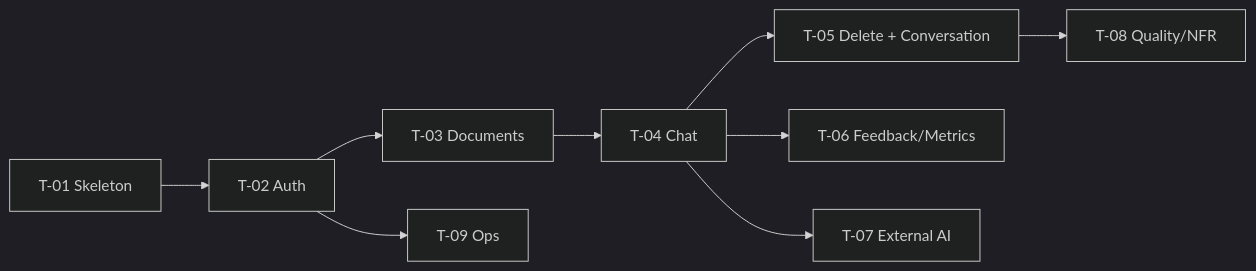
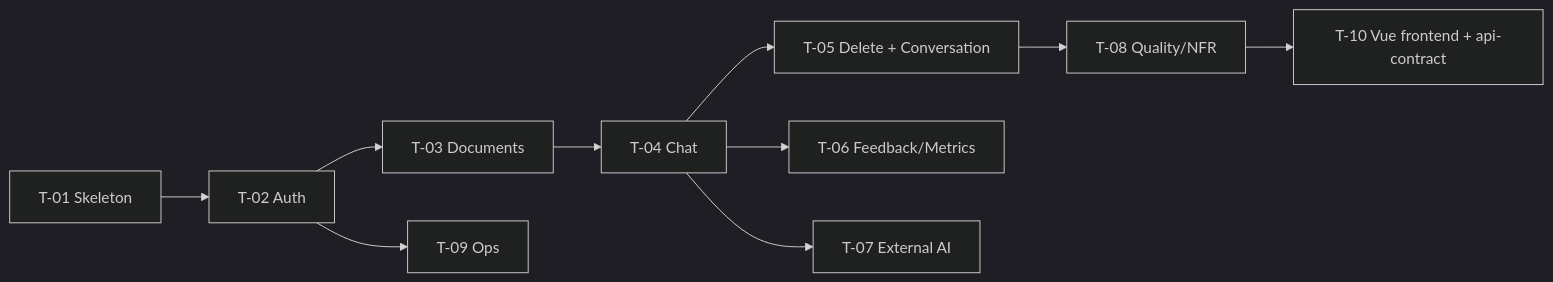
One commit to minhtrungle/SDLC-AI-Project changed the diagram in docs/05-implement/PLAN.md. Above: the diagram before and after it, drawn with Mermaid (dark theme). The commit also changed other lines of this file and 322 other files, not shown here.

````diff
--- a/docs/05-implement/PLAN.md
+++ b/docs/05-implement/PLAN.md
@@ -28,8 +29,9 @@
 ```mermaid
 flowchart LR
     T01[T-01 Skeleton] --> T02[T-02 Auth] --> T03[T-03 Documents] --> T04[T-04 Chat]
     T04 --> T05[T-05 Delete + Conversation] --> T08[T-08 Quality/NFR]
     T04 --> T06[T-06 Feedback/Metrics]
     T04 --> T07[T-07 External AI]
     T02 --> T09[T-09 Ops]
+    T08 --> T10[T-10 Vue frontend + api-contract]
 ```
````
